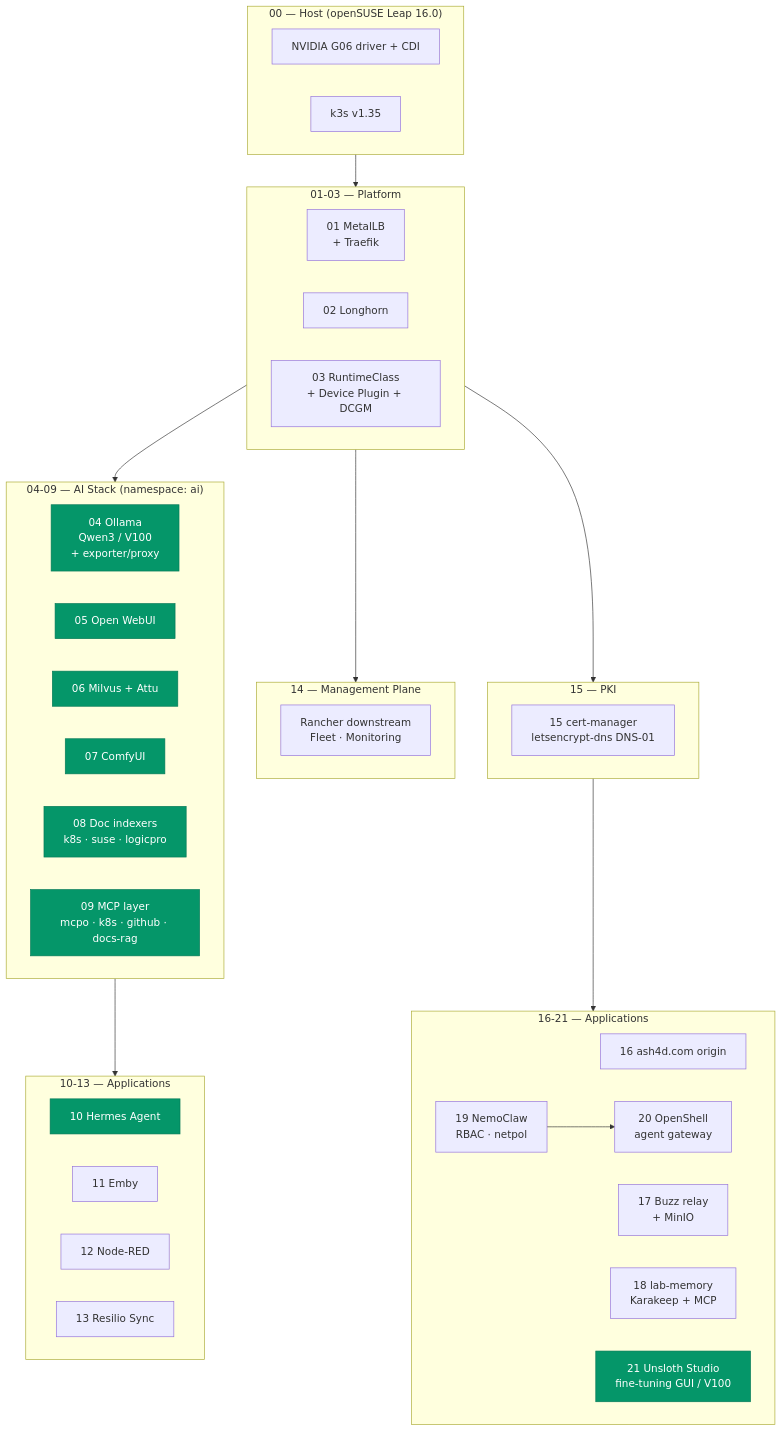
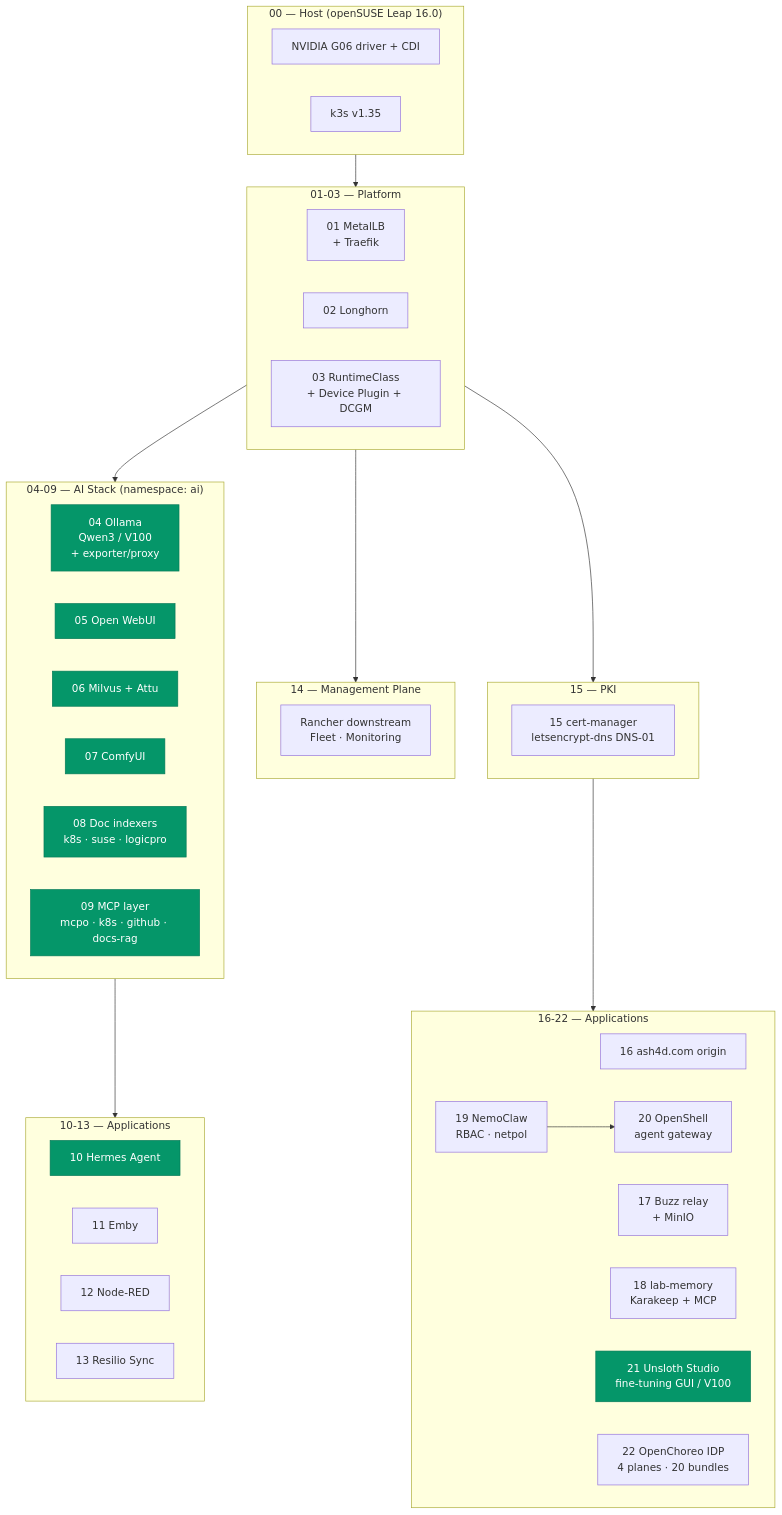
The first of 2 diagrams in README.md (darthzen/lab-fleet), drawn with Mermaid before and after one commit. The commit also changed other lines of this file and 45 other files, not shown here.

````diff
--- a/README.md
+++ b/README.md
@@ -11,55 +11,56 @@
 ```mermaid
 flowchart TD
     subgraph host["00 — Host (openSUSE Leap 16.0)"]
         DRIVER[NVIDIA G06 driver + CDI]
         K3S[k3s v1.35]
     end
 
     subgraph platform["01-03 — Platform"]
         METALLB[01 MetalLB<br/>+ Traefik]
         LONGHORN[02 Longhorn]
         GPU[03 RuntimeClass<br/>+ Device Plugin + DCGM]
     end
 
     subgraph ai["04-09 — AI Stack (namespace: ai)"]
         OLLAMA[04 Ollama<br/>Qwen3 / V100<br/>+ exporter/proxy]
         OWUI[05 Open WebUI]
         MILVUS[06 Milvus + Attu]
         COMFY[07 ComfyUI]
         INDEXER[08 Doc indexers<br/>k8s · suse · logicpro]
         MCP[09 MCP layer<br/>mcpo · k8s · github · docs-rag]
     end
 
     subgraph apps["10-13 — Applications"]
         HERMES[10 Hermes Agent]
         EMBY[11 Emby]
         NODERED[12 Node-RED]
         RESILIO[13 Resilio Sync]
     end
 
     subgraph mgmt["14 — Management Plane"]
         RANCHER[Rancher downstream<br/>Fleet · Monitoring]
     end
 
     subgraph pki["15 — PKI"]
         CERTMGR[15 cert-manager<br/>letsencrypt-dns DNS-01]
     end
 
-    subgraph more["16-21 — Applications"]
+    subgraph more["16-22 — Applications"]
         ORIGIN[16 ash4d.com origin]
         BUZZ[17 Buzz relay<br/>+ MinIO]
         MEMORY[18 lab-memory<br/>Karakeep + MCP]
         NEMO[19 NemoClaw<br/>RBAC · netpol]
         OPENSHELL[20 OpenShell<br/>agent gateway]
         UNSLOTH[21 Unsloth Studio<br/>fine-tuning GUI / V100]
+        CHOREO[22 OpenChoreo IDP<br/>4 planes · 20 bundles]
     end
 
     host --> platform --> ai --> apps
     platform --> mgmt
     platform --> pki
     pki --> more
     NEMO --> OPENSHELL
 
     classDef ai_c fill:#059669,stroke:#047857,color:#fff
     class OLLAMA,OWUI,MILVUS,COMFY,INDEXER,MCP,HERMES,UNSLOTH ai_c
 ```
````
